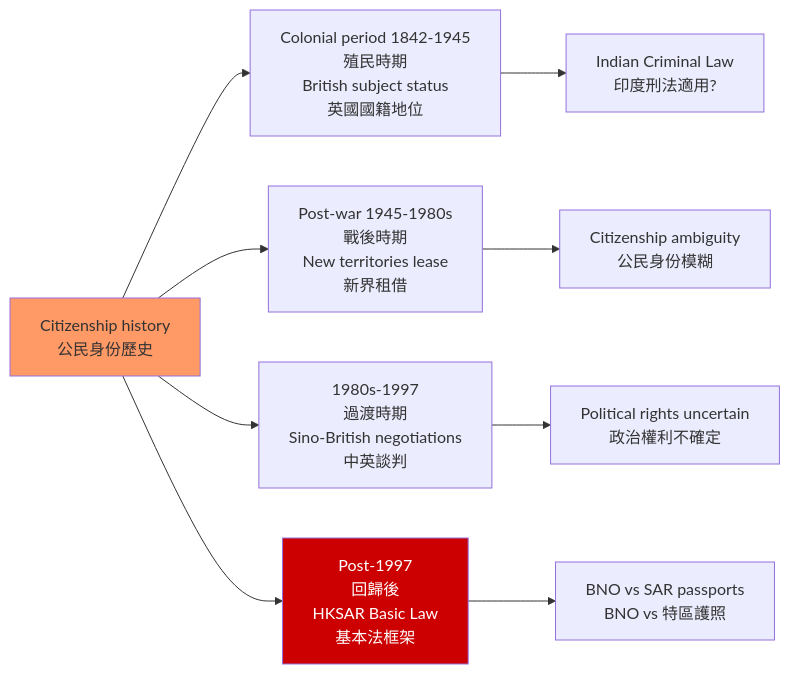
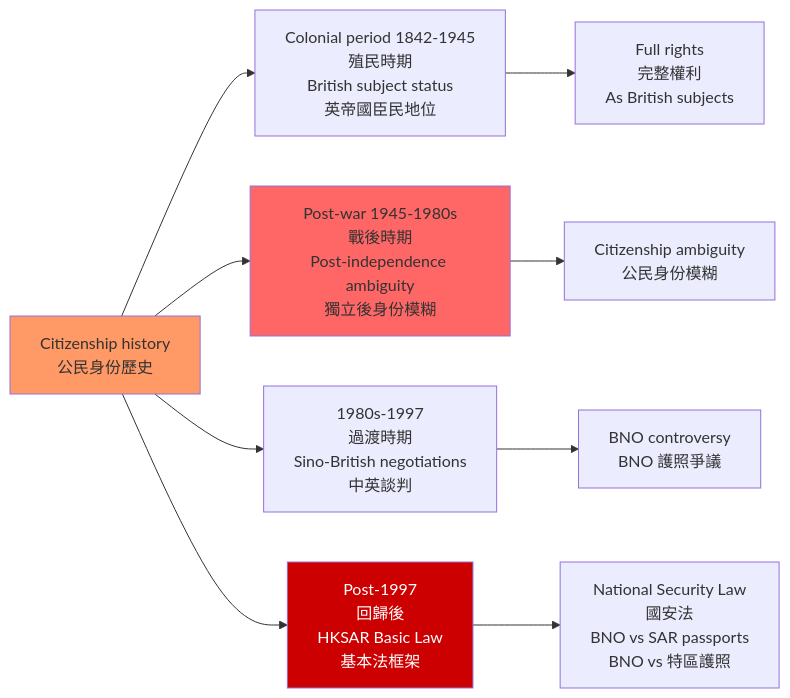
One commit to yip-lgtm/HKU-Harvard-History-Self-Study changed the fifth of 5 diagrams in 01_HKU_Courses/HIST4038_Migration_and_Archives.md. Above: the diagram before and after it, drawn with Mermaid. The commit also changed other lines of this file and 22 other files, not shown here.

````diff
--- a/01_HKU_Courses/HIST4038_Migration_and_Archives.md
+++ b/01_HKU_Courses/HIST4038_Migration_and_Archives.md
@@ -188,15 +286,16 @@
 ```mermaid
 graph LR
-    A[Citizenship history<br/>公民身份歷史] --> B[Colonial period 1842-1945<br/>殖民時期<br/>British subject status<br/>英國國籍地位]
-    A --> C[Post-war 1945-1980s<br/>戰後時期<br/>New territories lease<br/>新界租借]
+    A[Citizenship history<br/>公民身份歷史] --> B[Colonial period 1842-1945<br/>殖民時期<br/>British subject status<br/>英帝國臣民地位]
+    A --> C[Post-war 1945-1980s<br/>戰後時期<br/>Post-independence ambiguity<br/>獨立後身份模糊]
     A --> D[1980s-1997<br/>過渡時期<br/>Sino-British negotiations<br/>中英談判]
     A --> E[Post-1997<br/>回歸後<br/>HKSAR Basic Law<br/>基本法框架]
     
-    B --> B1[Indian Criminal Law<br/>印度刑法適用?]
+    B --> B1[Full rights<br/>完整權利<br/>As British subjects]
     C --> C1[Citizenship ambiguity<br/>公民身份模糊]
-    D --> D1[Political rights uncertain<br/>政治權利不確定]
-    E --> E1[BNO vs SAR passports<br/>BNO vs 特區護照]
+    D --> D1[BNO controversy<br/>BNO 護照爭議]
+    E --> E1[National Security Law<br/>國安法<br/>BNO vs SAR passports<br/>BNO vs 特區護照]
     
     style A fill:#f96
     style E fill:#c00,color:#fff
+    style C fill:#f66
 ```
````
